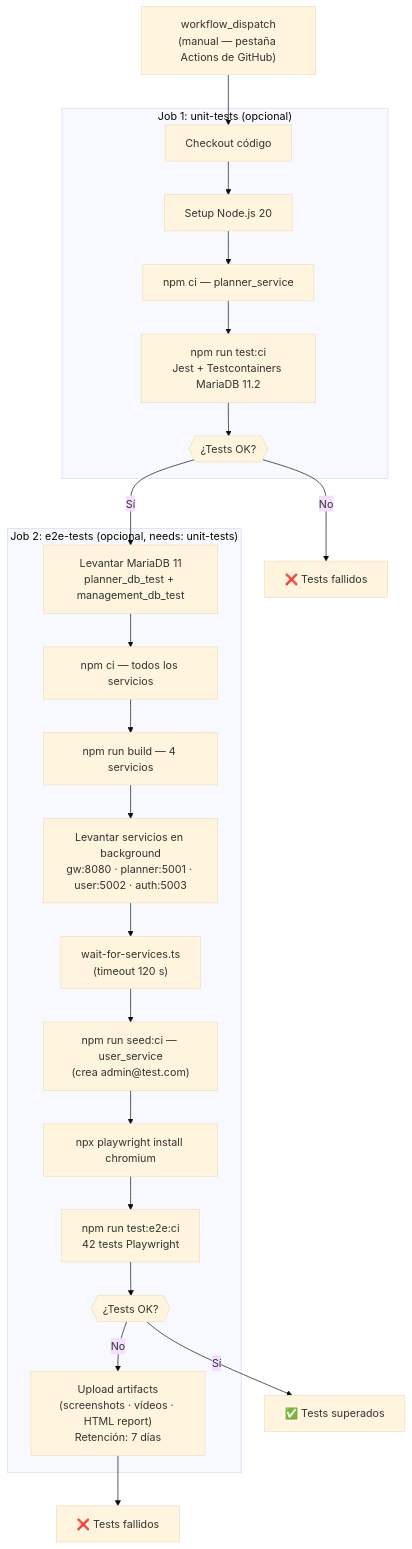
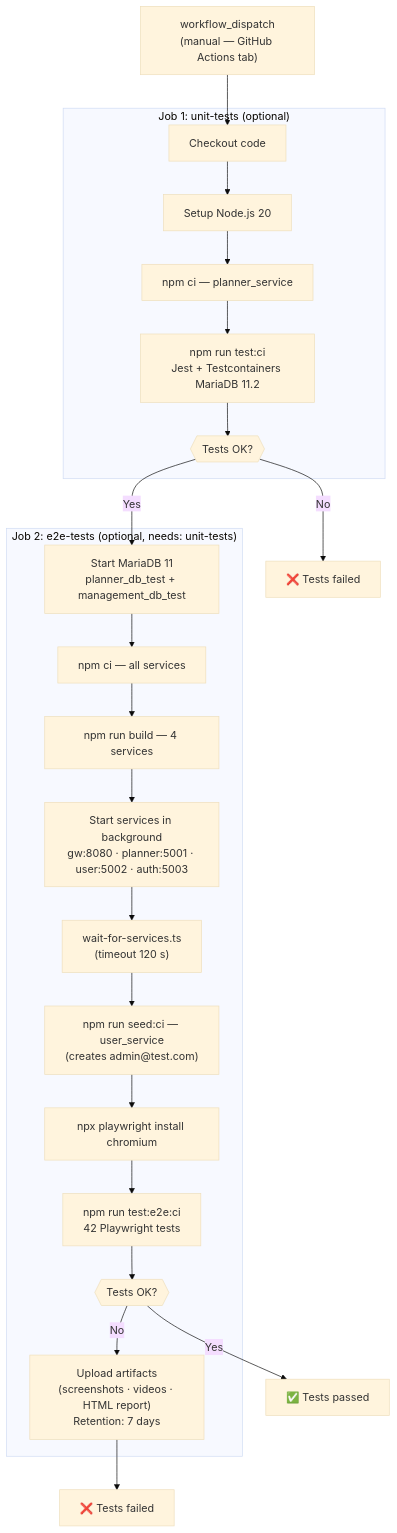
One commit to Murias10/TeachingPlanner changed the third of 3 diagrams in docs/capitulo6_implementacion.md. Above: the diagram before and after it, drawn with Mermaid (base theme). The commit also changed other lines of this file and 2 other files, not shown here.

Commit message:
Refactor installation manual: update section titles and consolidate local development environment instructions

````diff
--- a/docs/capitulo6_implementacion.md
+++ b/docs/capitulo6_implementacion.md
@@ -577,32 +614,32 @@
 ```mermaid
 flowchart TD
-    Dispatch["workflow_dispatch\n(manual — pestaña Actions de GitHub)"]
+    Dispatch["workflow_dispatch\n(manual — GitHub Actions tab)"]
 
-    subgraph "Job 1: unit-tests (opcional)"
-        U1["Checkout código"]
+    subgraph "Job 1: unit-tests (optional)"
+        U1["Checkout code"]
         U2["Setup Node.js 20"]
         U3["npm ci — planner_service"]
         U4["npm run test:ci\nJest + Testcontainers MariaDB 11.2"]
-        U5{{"¿Tests OK?"}}
+        U5{{"Tests OK?"}}
     end
 
-    subgraph "Job 2: e2e-tests (opcional, needs: unit-tests)"
-        E1["Levantar MariaDB 11\nplanner_db_test + management_db_test"]
-        E2["npm ci — todos los servicios"]
-        E3["npm run build — 4 servicios"]
-        E4["Levantar servicios en background\ngw:8080 · planner:5001 · user:5002 · auth:5003"]
+    subgraph "Job 2: e2e-tests (optional, needs: unit-tests)"
+        E1["Start MariaDB 11\nplanner_db_test + management_db_test"]
+        E2["npm ci — all services"]
+        E3["npm run build — 4 services"]
+        E4["Start services in background\ngw:8080 · planner:5001 · user:5002 · auth:5003"]
         E5["wait-for-services.ts\n(timeout 120 s)"]
-        E6["npm run seed:ci — user_service\n(crea admin@test.com)"]
+        E6["npm run seed:ci — user_service\n(creates admin@test.com)"]
         E7["npx playwright install chromium"]
-        E8["npm run test:e2e:ci\n42 tests Playwright"]
-        E9{{"¿Tests OK?"}}
-        E10["Upload artifacts\n(screenshots · vídeos · HTML report)\nRetención: 7 días"]
+        E8["npm run test:e2e:ci\n42 Playwright tests"]
+        E9{{"Tests OK?"}}
+        E10["Upload artifacts\n(screenshots · videos · HTML report)\nRetention: 7 days"]
     end
 
     Dispatch --> U1 --> U2 --> U3 --> U4 --> U5
-    U5 -->|"Sí"| E1
-    U5 -->|"No"| FAIL1["❌ Tests fallidos"]
+    U5 -->|"Yes"| E1
+    U5 -->|"No"| FAIL1["❌ Tests failed"]
     E1 --> E2 --> E3 --> E4 --> E5 --> E6 --> E7 --> E8 --> E9
-    E9 -->|"Sí"| OK["✅ Tests superados"]
-    E9 -->|"No"| E10 --> FAIL2["❌ Tests fallidos"]
+    E9 -->|"Yes"| OK["✅ Tests passed"]
+    E9 -->|"No"| E10 --> FAIL2["❌ Tests failed"]
 ```
````
